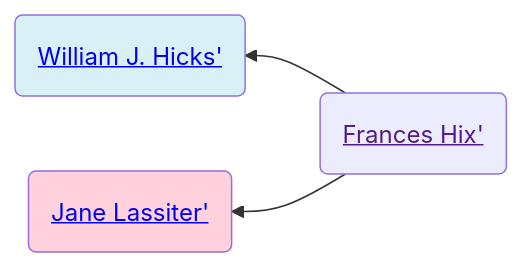
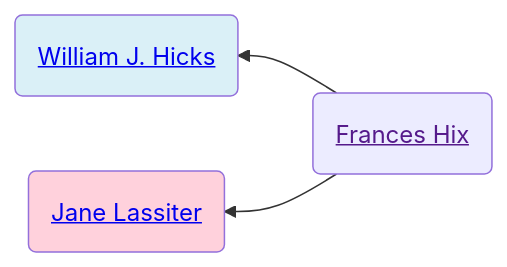
The first of 2 diagrams in familyhistory/sources/people/Randolph_county_lines/Hicks/Frances_Hix.qmd (neelsmith/avocational), drawn with Mermaid before and after one commit. The commit also changed other lines of this file and 96 other files, not shown here.

````diff
--- a/familyhistory/sources/people/Randolph_county_lines/Hicks/Frances_Hix.qmd
+++ b/familyhistory/sources/people/Randolph_county_lines/Hicks/Frances_Hix.qmd
@@ -30,12 +30,12 @@
 ```{mermaid}
 graph RL
 %% RL ancestor diagram
-Frances_Hix(<a href=''>Frances Hix'</>) -->  William_J._Hicks(<a href='./William_J._Hicks.html'>William J. Hicks'</>)
+Frances_Hix(<a href=''>Frances Hix</a>) -->  William_J._Hicks(<a href='./William_J._Hicks.html'>William J. Hicks</a>)
 class William_J._Hicks father
-Frances_Hix(<a href=''>Frances Hix'</>)  --> Jane_Lassiter(<a href='./../Lassiter/Jane_Lassiter.html'>Jane Lassiter'</>)
+Frances_Hix(<a href=''>Frances Hix</a>)  --> Jane_Lassiter(<a href='./../Lassiter/Jane_Lassiter.html'>Jane Lassiter</a>)
 class Jane_Lassiter mother
 classDef mother fill:#ffd1dc
 classDef father fill:#daf0f7  
 classDef marriage fill:#ffffff
 
 ```
````
